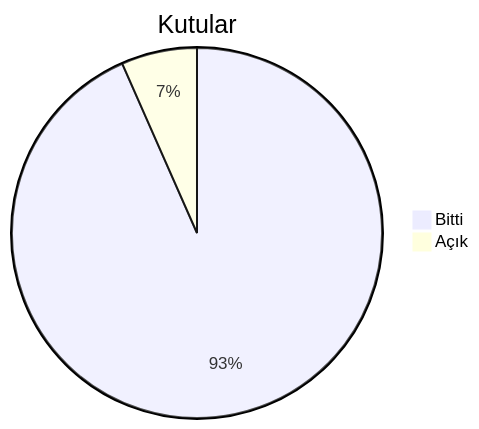
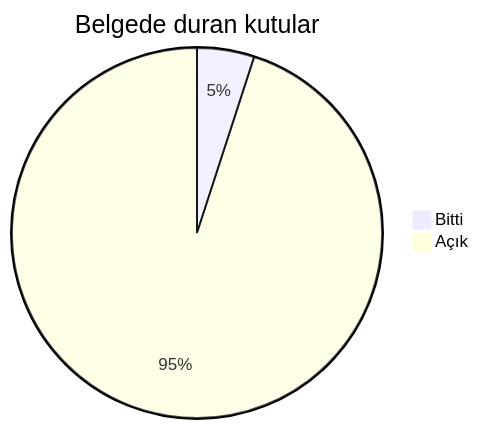
Before and after one commit to dogancanyildiz/kenet: the second of 3 diagrams in docs/roadmap.md, drawn with Mermaid. The commit also changed other lines of this file and 51 other files, not shown here.

````diff
--- a/docs/roadmap.md
+++ b/docs/roadmap.md
@@ -53,5 +49,5 @@
 ```mermaid
-pie title Kutular
-    "Bitti" : 127
-    "Açık" : 9
+pie title Belgede duran kutular
+    "Bitti" : 1
+    "Açık" : 19
 ```
````
